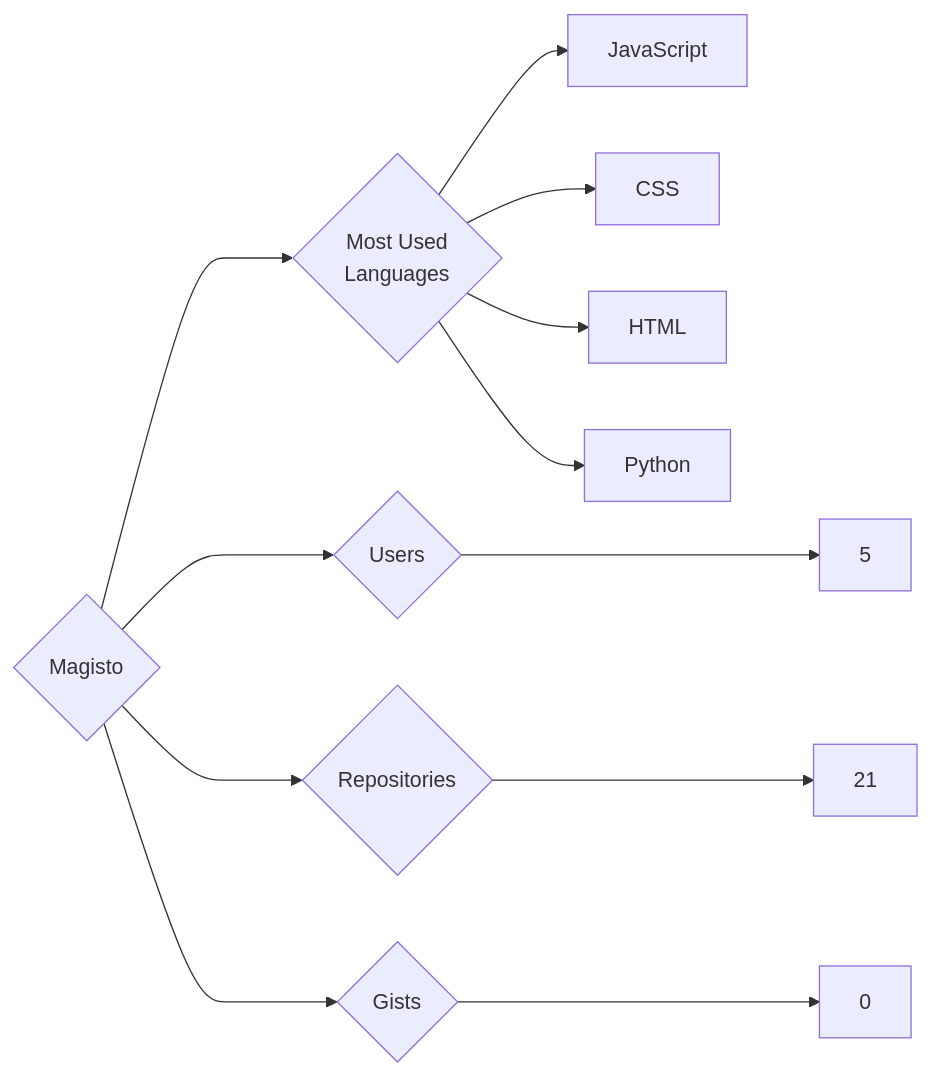
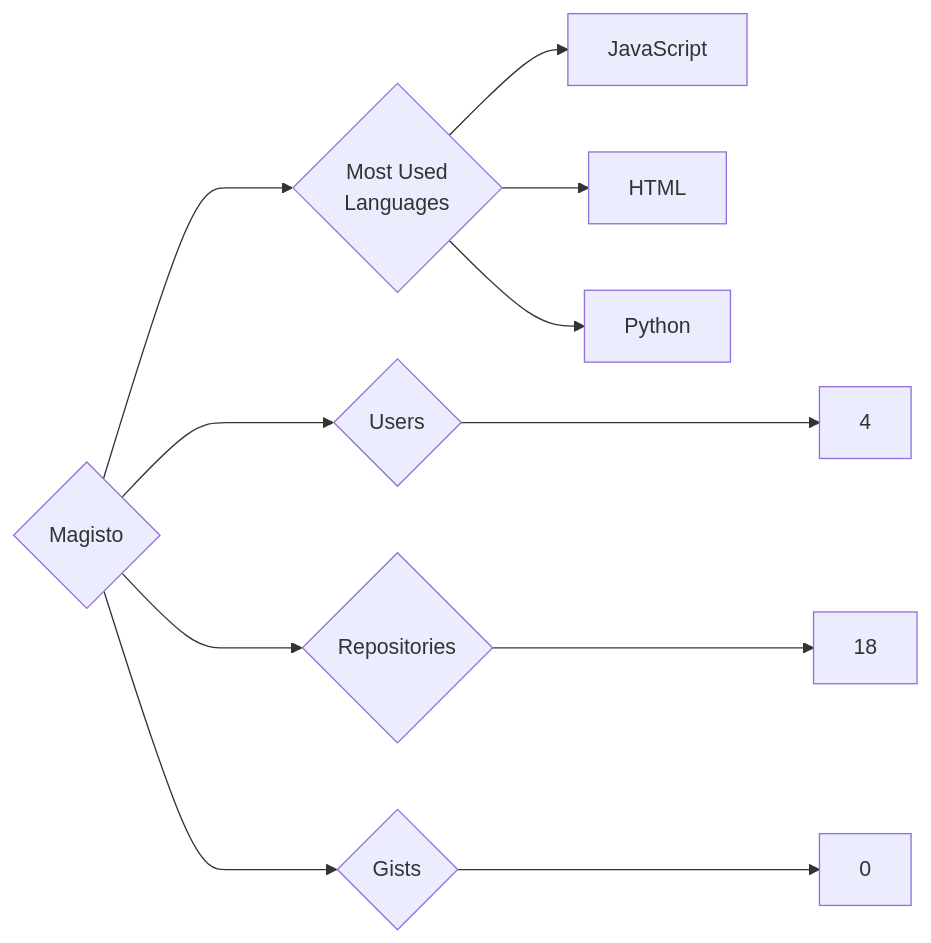
One commit to trickest/insiders changed the diagram in targets/Magisto/README.md. Above: the diagram before and after it, drawn with Mermaid. The commit also changed 984 other files, not shown here.

````diff
--- a/targets/Magisto/README.md
+++ b/targets/Magisto/README.md
@@ -3,12 +3,11 @@
 ```mermaid
 graph LR
 COMPANY_NAME{Magisto}
-COMPANY_NAME ---> U{Users} ---> UN[5]
-COMPANY_NAME ---> R{Repositories} ---> RN[21]
+COMPANY_NAME ---> U{Users} ---> UN[4]
+COMPANY_NAME ---> R{Repositories} ---> RN[18]
 COMPANY_NAME ---> G{Gists} ---> GN[0]
 COMPANY_NAME ---> ML{Most Used<br>Languages}
 ML --> JavaScript[JavaScript]
-ML --> CSS[CSS]
 ML --> HTML[HTML]
 ML --> Python[Python]
 ```
````
